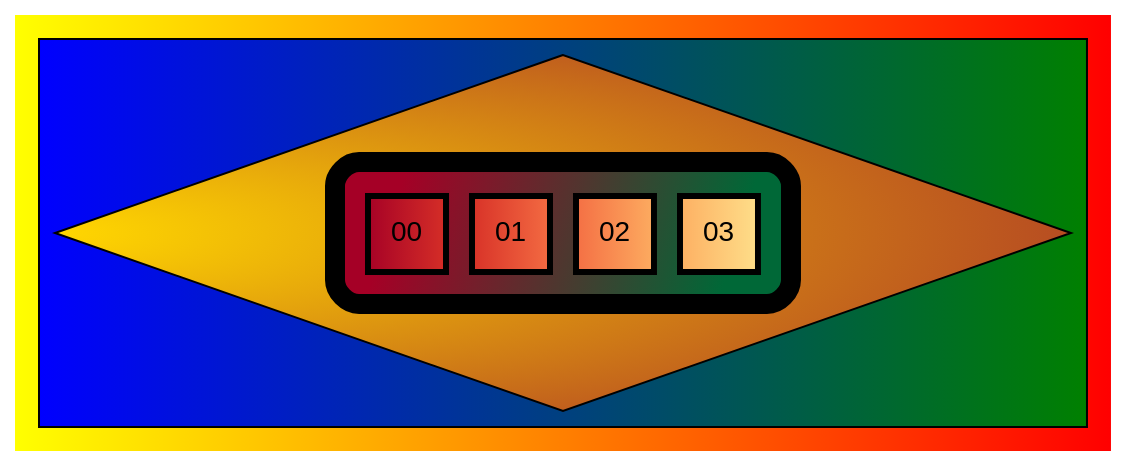
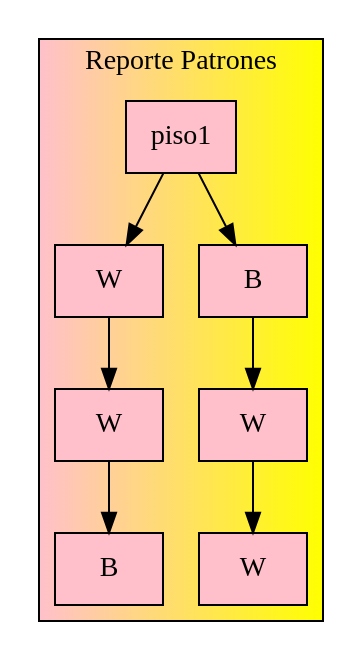
One commit to NatalyDuarte/IPC2_Proyecto1_202001570 changed the diagram in IPC2_Proyecto1/graficapatron.dot. Above: the diagram before and after it, drawn with Graphviz. The commit also changed 5 other files, not shown here.

```diff
--- a/IPC2_Proyecto1/graficapatron.dot
+++ b/IPC2_Proyecto1/graficapatron.dot
@@ -1,19 +1,19 @@
-digraph G { bgcolor="yellow:red" 
-  fontname="Helvetica,Arial,sans-serif"
-  node [fontname="Helvetica,Arial,sans-serif"]
-  edge [fontname="Helvetica,Arial,sans-serif"]
-  subgraph cluster1 {fillcolor="blue:green" style="filled"
-    node [shape=diamond fillcolor="gold:brown" style="radial" gradientangle=180]
-    a0 [label=<
- <TABLE border="10" cellspacing="10" cellpadding="10" style="rounded" bgcolor="/rdylgn11/1:/rdylgn11/11" gradientangle="315">
-  <TR><TD border="3"  bgcolor="/rdylgn11/1:/rdylgn11/2">00</TD>
-  <TD border="3"  bgcolor="/rdylgn11/2:/rdylgn11/3">01</TD>
-  <TD border="3"  bgcolor="/rdylgn11/3:/rdylgn11/4">02</TD>
-  <TD border="3"  bgcolor="/rdylgn11/4:/rdylgn11/5">03</TD>
-  </TR>
-  
-</TABLE>>];
-
+digraph G { 
+  node [shape=box fillcolor="pink" style=filled]
+  subgraph cluster_p {
+      label="Reporte Patrones"
+      bgcolor="pink:yellow" nodoP[label="piso1" shape="box"];
+  name0[label="W" shape="box"];
+  name1[label="B" shape="box"];
+  name2[label="W" shape="box"];
+  name3[label="W" shape="box"];
+  name4[label="B" shape="box"];
+  name5[label="W" shape="box"];
+  nodoP ->name0;
+  nodoP ->name1;
+  name0 ->name2;
+  name1 ->name3;
+  name2 ->name4;
+  name3 ->name5;
 }
-
 }
```
